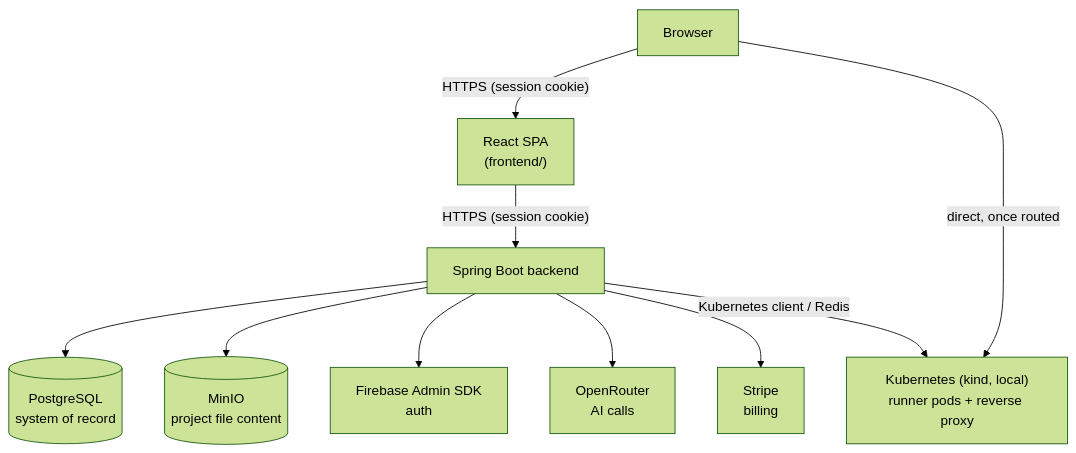
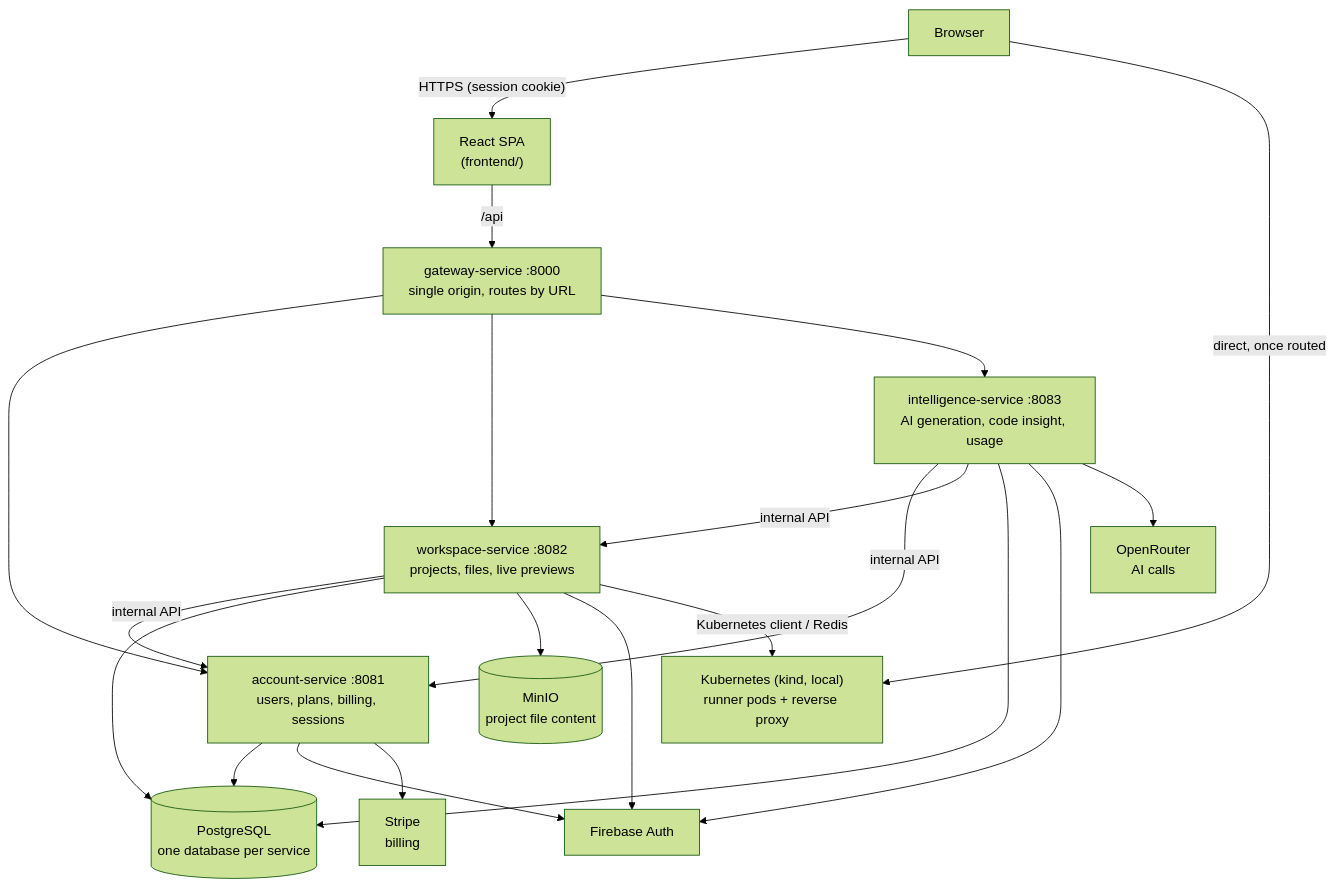
The diagram in README.md (Divyanshu2805/vibecraft), drawn with Mermaid (forest theme) before and after one commit. The commit also changed other lines of this file and 2 other files, not shown here.

Commit message:
docs: update the tracked docs, CLAUDE.md and README for the consolidation and the new guardrails

````diff
--- a/README.md
+++ b/README.md
@@ -48,22 +49,35 @@
 ```mermaid
 flowchart TD
     Browser["Browser"]
     Frontend["React SPA<br/>(frontend/)"]
-    Backend["Spring Boot backend"]
-    DB[("PostgreSQL<br/>system of record")]
+    Gateway["gateway-service :8000<br/>single origin, routes by URL"]
+    Account["account-service :8081<br/>users, plans, billing, sessions"]
+    Workspace["workspace-service :8082<br/>projects, files, live previews"]
+    Intel["intelligence-service :8083<br/>AI generation, code insight, usage"]
+    DB[("PostgreSQL<br/>one database per service")]
     MinIO[("MinIO<br/>project file content")]
-    Firebase["Firebase Admin SDK<br/>auth"]
+    Firebase["Firebase Auth"]
     OpenRouter["OpenRouter<br/>AI calls"]
     Stripe["Stripe<br/>billing"]
     K8s["Kubernetes (kind, local)<br/>runner pods + reverse proxy"]
 
     Browser -- "HTTPS (session cookie)" --> Frontend
-    Frontend -- "HTTPS (session cookie)" --> Backend
-    Backend --> DB
-    Backend --> MinIO
-    Backend --> Firebase
-    Backend --> OpenRouter
-    Backend --> Stripe
-    Backend -- "Kubernetes client / Redis" --> K8s
+    Frontend -- "/api" --> Gateway
+    Gateway --> Account
+    Gateway --> Workspace
+    Gateway --> Intel
+    Workspace -- "internal API" --> Account
+    Intel -- "internal API" --> Account
+    Intel -- "internal API" --> Workspace
+    Account --> DB
+    Workspace --> DB
+    Intel --> DB
+    Workspace --> MinIO
+    Account --> Firebase
+    Workspace --> Firebase
+    Intel --> Firebase
+    Intel --> OpenRouter
+    Account --> Stripe
+    Workspace -- "Kubernetes client / Redis" --> K8s
     Browser -- "direct, once routed" --> K8s
 ```
````
